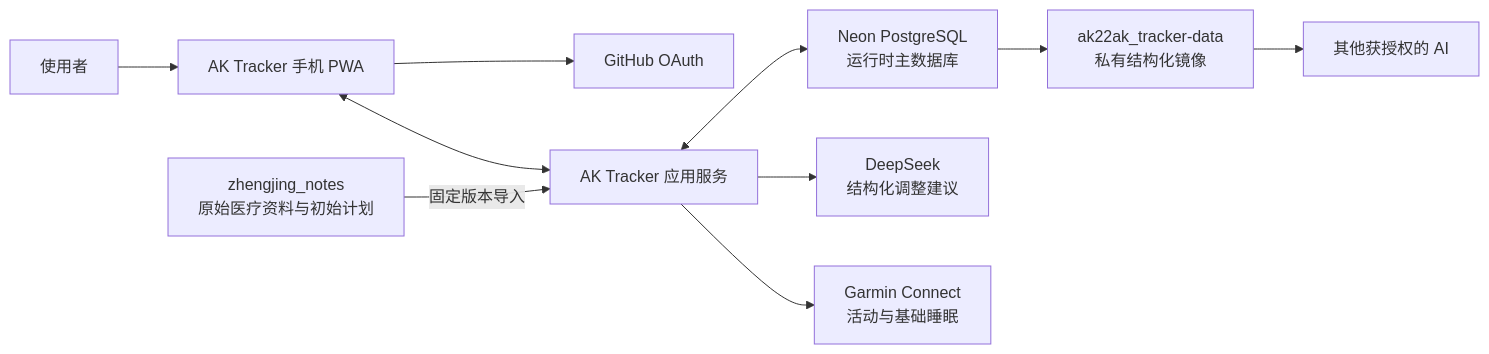
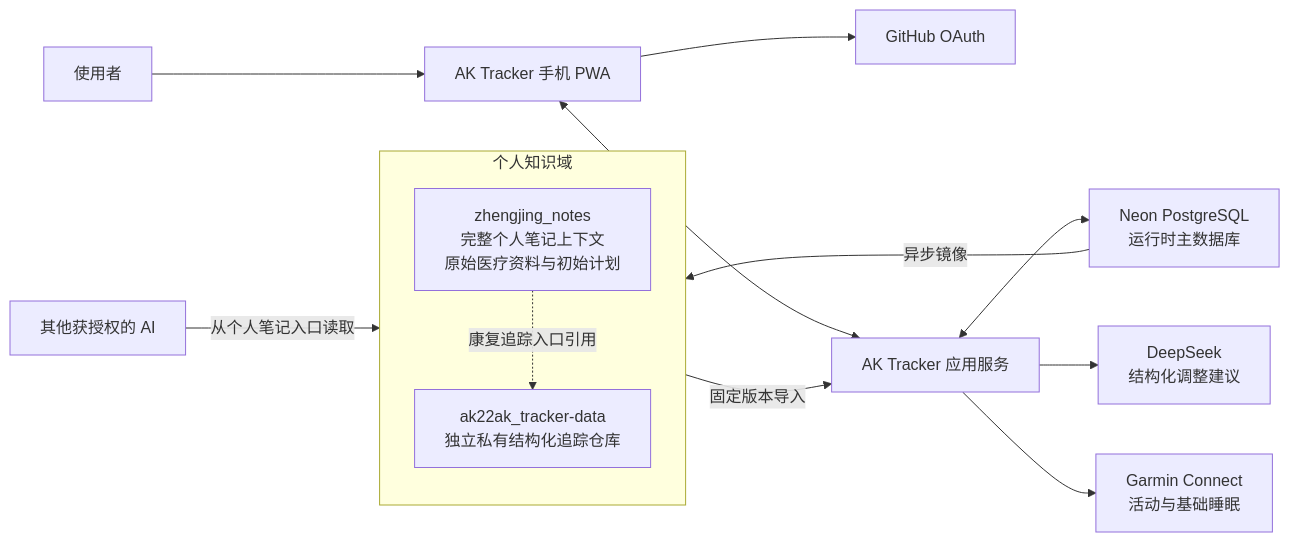
Before and after one commit to AK22AK/ak22ak_tracker: the first of 3 diagrams in docs/architecture/overview.md, drawn with Mermaid. The commit also changed other lines of this file and 5 other files, not shown here.

Commit message:
docs: connect tracker data to personal notes

````diff
--- a/docs/architecture/overview.md
+++ b/docs/architecture/overview.md
@@ -18,14 +18,21 @@
 ```mermaid
 flowchart LR
     USER["使用者"] --> PWA["AK Tracker 手机 PWA"]
     PWA --> AUTH["GitHub OAuth"]
     PWA <--> APP["AK Tracker 应用服务"]
 
     APP <--> DB["Neon PostgreSQL<br/>运行时主数据库"]
     APP --> AI["DeepSeek<br/>结构化调整建议"]
     APP --> GARMIN["Garmin Connect<br/>活动与基础睡眠"]
-    DB --> DATA["ak22ak_tracker-data<br/>私有结构化镜像"]
 
-    NOTES["zhengjing_notes<br/>原始医疗资料与初始计划"] -->|"固定版本导入"| APP
-    DATA --> OTHER_AI["其他获授权的 AI"]
+    subgraph KNOWLEDGE["个人知识域"]
+        direction TB
+        NOTES["zhengjing_notes<br/>完整个人笔记上下文<br/>原始医疗资料与初始计划"]
+        DATA["ak22ak_tracker-data<br/>独立私有结构化追踪仓库"]
+        NOTES -.->|"康复追踪入口引用"| DATA
+    end
+
+    NOTES -->|"固定版本导入"| APP
+    DB -->|"异步镜像"| DATA
+    OTHER_AI["其他获授权的 AI"] -->|"从个人笔记入口读取"| NOTES
 ```
````
